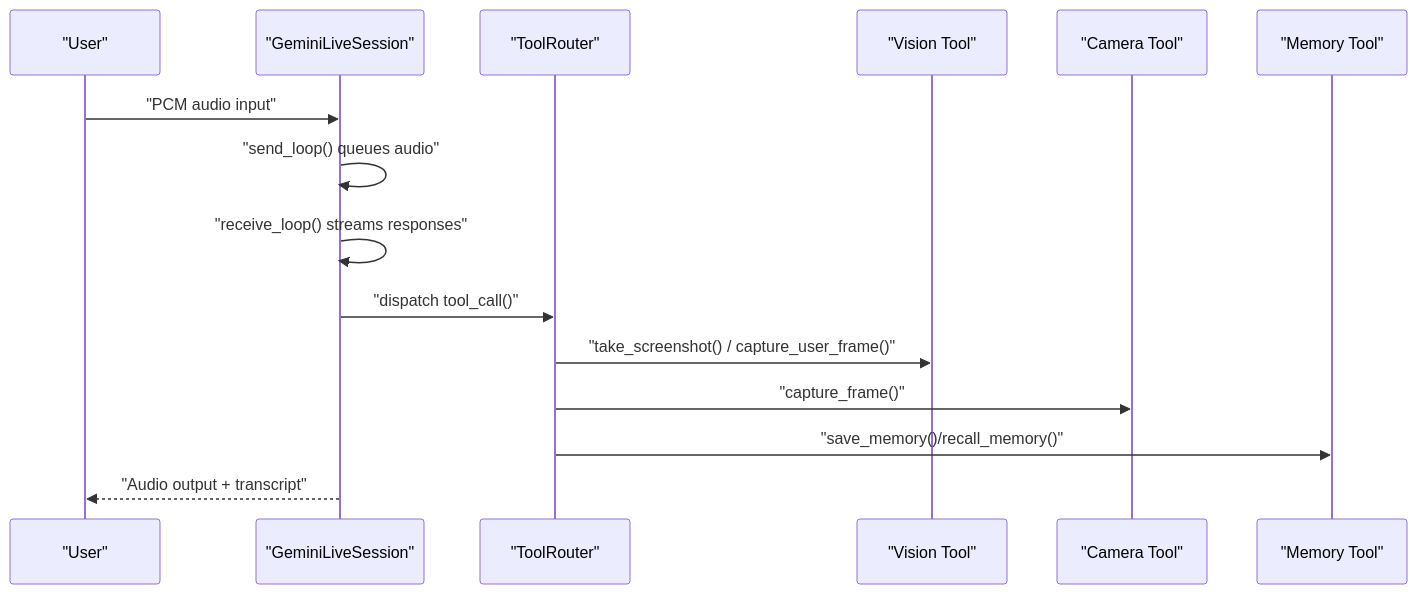
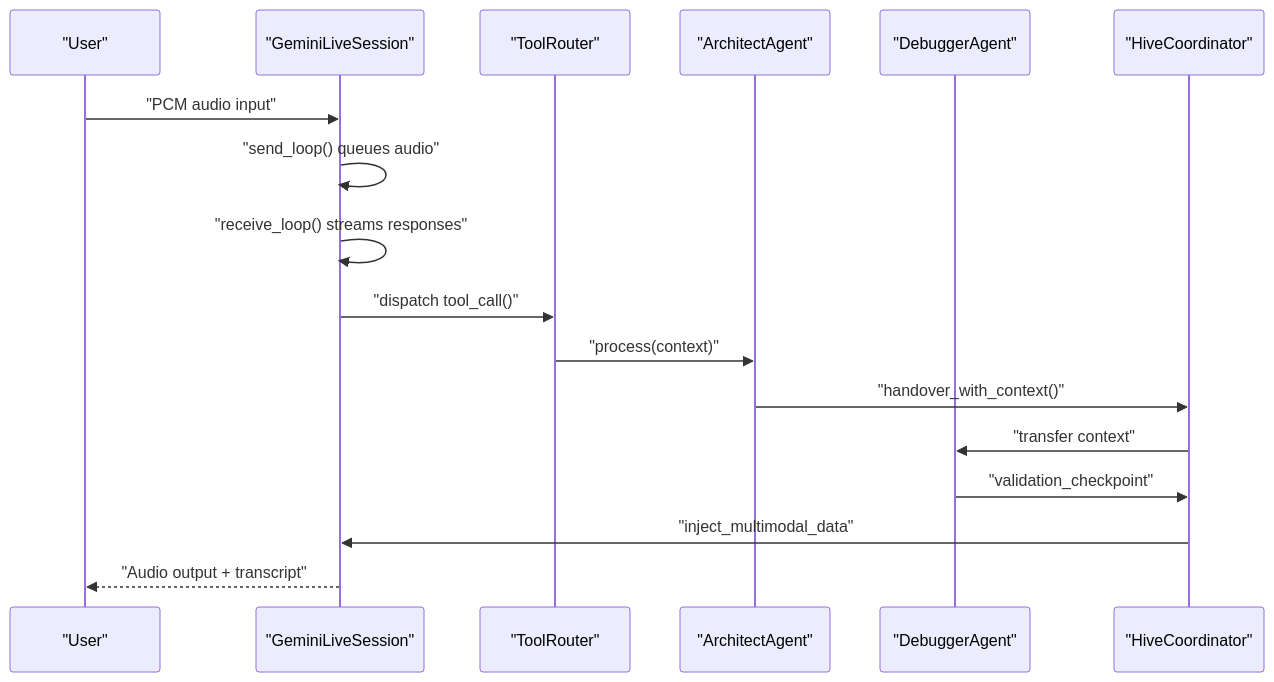
One commit to Moeabdelaziz007/Aether-Voice-OS changed the second of 13 diagrams in .qoder/repowiki/en/content/AI Integration Layer/AI Integration Layer.md. Above: the diagram before and after it, drawn with Mermaid. The commit also changed other lines of this file and 29 other files, not shown here.

````diff
--- a/.qoder/repowiki/en/content/AI Integration Layer/AI Integration Layer.md
+++ b/.qoder/repowiki/en/content/AI Integration Layer/AI Integration Layer.md
@@ -143,17 +187,19 @@
 ```mermaid
 sequenceDiagram
 participant User as "User"
 participant GLS as "GeminiLiveSession"
 participant TR as "ToolRouter"
-participant VT as "Vision Tool"
-participant CT as "Camera Tool"
-participant MT as "Memory Tool"
+participant ARCH as "ArchitectAgent"
+participant DBG as "DebuggerAgent"
+participant HC as "HiveCoordinator"
 User->>GLS : "PCM audio input"
 GLS->>GLS : "send_loop() queues audio"
 GLS->>GLS : "receive_loop() streams responses"
 GLS->>TR : "dispatch tool_call()"
-TR->>VT : "take_screenshot() / capture_user_frame()"
-TR->>CT : "capture_frame()"
-TR->>MT : "save_memory()/recall_memory()"
+TR->>ARCH : "process(context)"
+ARCH->>HC : "handover_with_context()"
+HC->>DBG : "transfer context"
+DBG->>HC : "validation_checkpoint"
+HC->>GLS : "inject_multimodal_data"
 GLS-->>User : "Audio output + transcript"
 ```
````
